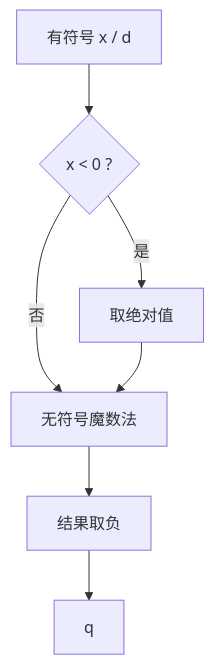
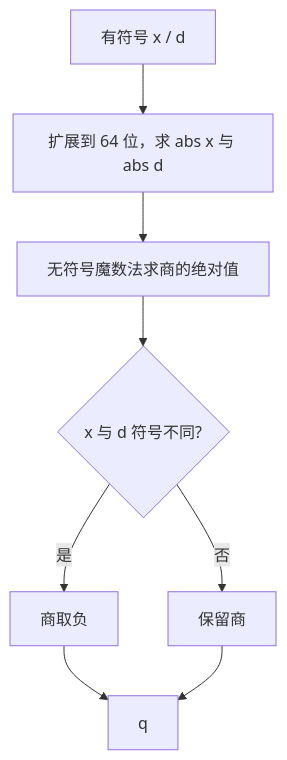
Before and after one commit to lightsmilew/compiler-principles: the second of 2 diagrams in docs/optim/ir-strength-reduction.md, drawn with Mermaid. The commit also changed other lines of this file and 32 other files, not shown here.

Commit message:
docs: unify assessment flow and submission guidance

````diff
--- a/docs/optim/ir-strength-reduction.md
+++ b/docs/optim/ir-strength-reduction.md
@@ -153,9 +157,10 @@
 ```mermaid
 flowchart TB
-  A["有符号 x / d"] --> B{"x < 0 ?"}
-  B -->|否| C["无符号魔数法"]
-  B -->|是| D["取绝对值"]
-  D --> C
-  C --> E["结果取负"]
-  E --> F[q]
+  A["有符号 x / d"] --> B["扩展到 64 位，求 abs x 与 abs d"]
+  B --> C["无符号魔数法求商的绝对值"]
+  C --> D{"x 与 d 符号不同?"}
+  D -->|是| E[商取负]
+  D -->|否| F[保留商]
+  E --> Q[q]
+  F --> Q
 ```
````
